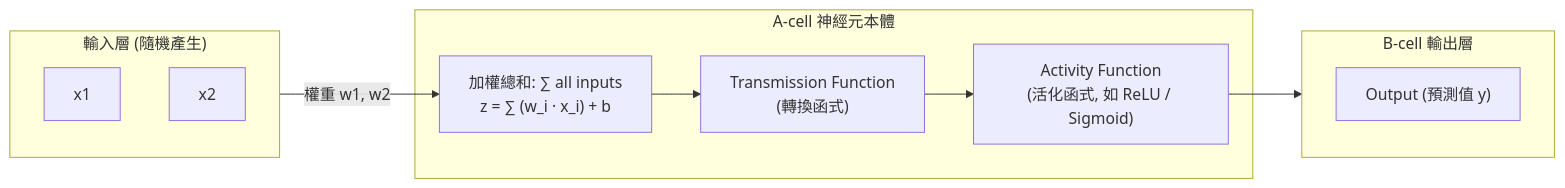
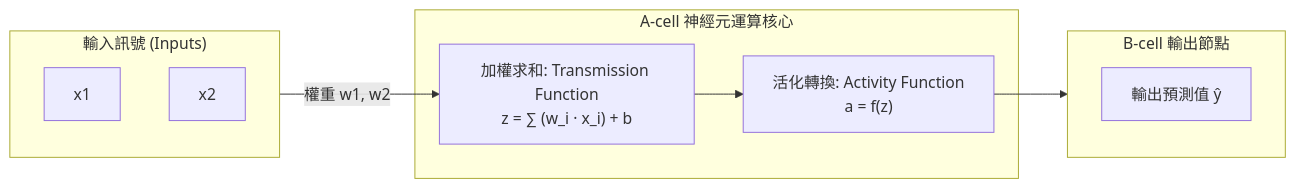
One commit to lliangles/TheNote changed the first of 2 diagrams in courses/ai-programming/Ch01-人工智慧導論與開發環境建置.md. Above: the diagram before and after it, drawn with Mermaid. The commit also changed other lines of this file and 13 other files, not shown here.

````diff
--- a/courses/ai-programming/Ch01-人工智慧導論與開發環境建置.md
+++ b/courses/ai-programming/Ch01-人工智慧導論與開發環境建置.md
@@ -44,22 +134,20 @@
 ```mermaid
 flowchart LR
-    subgraph Inputs ["輸入層 (隨機產生)"]
+    subgraph Inputs ["輸入訊號 (Inputs)"]
         x1["x1"]
         x2["x2"]
     end
 
-    subgraph Neuron ["A-cell 神經元本體"]
-        Sum["加權總和: ∑ all inputs<br>z = ∑ (w_i · x_i) + b"]
-        Trans["Transmission Function<br>(轉換函式)"]
-        Act["Activity Function<br>(活化函式, 如 ReLU / Sigmoid)"]
+    subgraph Neuron ["A-cell 神經元運算核心"]
+        Sum["加權求和: Transmission Function<br>z = ∑ (w_i · x_i) + b"]
+        Act["活化轉換: Activity Function<br>a = f(z)"]
     end
 
-    subgraph Output ["B-cell 輸出層"]
-        y["Output (預測值 y)"]
+    subgraph Output ["B-cell 輸出節點"]
+        y["輸出預測值 ŷ"]
     end
 
     Inputs -->|"權重 w1, w2"| Sum
-    Sum --> Trans
-    Trans --> Act
+    Sum --> Act
     Act --> Output
 ```
````
